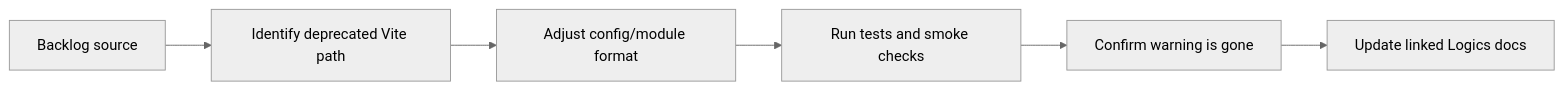
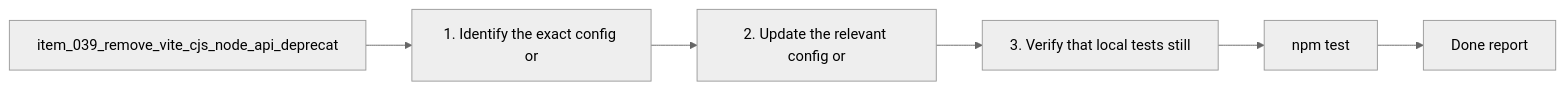
The diagram in logics/tasks/task_033_remove_vite_cjs_node_api_deprecation_warning_from_test_runs.md (AlexAgo83/logics-manager), drawn with Mermaid (neutral theme) before and after one commit. The commit also changed other lines of this file and 481 other files, not shown here.

````diff
--- a/logics/tasks/task_033_remove_vite_cjs_node_api_deprecation_warning_from_test_runs.md
+++ b/logics/tasks/task_033_remove_vite_cjs_node_api_deprecation_warning_from_test_runs.md
@@ -16,9 +17,10 @@
 ```mermaid
+%% logics-kind: task
 %% logics-signature: task|remove-the-vite-cjs-node-api-deprecation|item-039-remove-vite-cjs-node-api-deprec|1-identify-the-exact-config-or|npm-test
 flowchart LR
-    Backlog[Backlog source] --> Diagnose[Identify deprecated Vite path]
-    Diagnose --> Config[Adjust config/module format]
-    Config --> Validate[Run tests and smoke checks]
-    Validate --> Clean[Confirm warning is gone]
-    Clean --> Docs[Update linked Logics docs]
+    Backlog[item_039_remove_vite_cjs_node_api_deprecat] --> Step1[1. Identify the exact config or]
+    Step1 --> Step2[2. Update the relevant config or]
+    Step2 --> Step3[3. Verify that local tests still]
+    Step3 --> Validation[npm test]
+    Validation --> Report[Done report]
 ```
````
